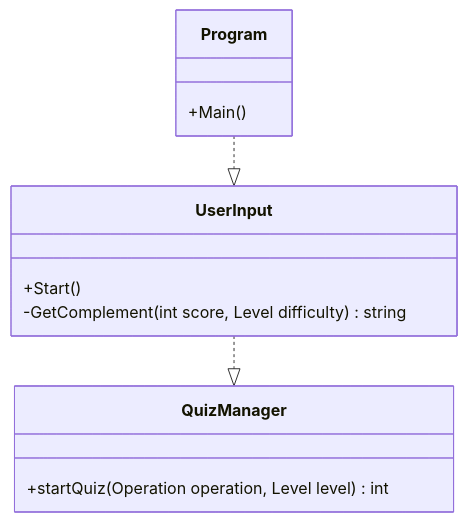
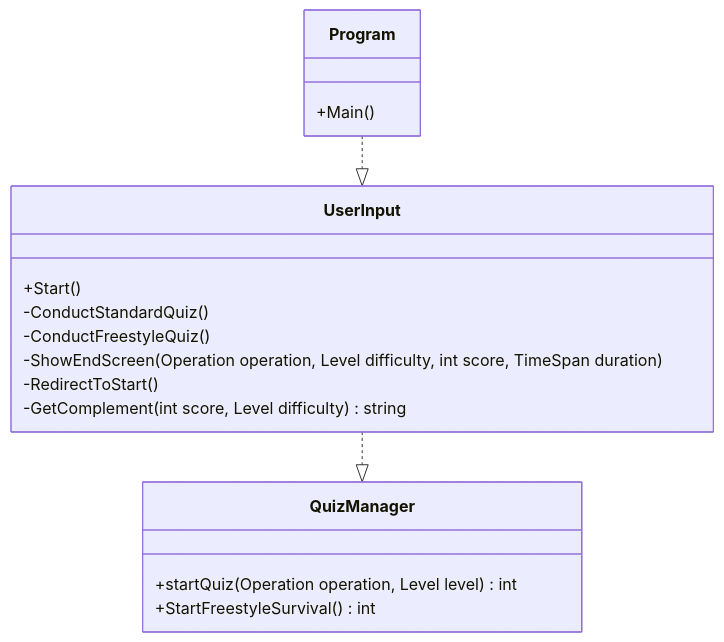
One commit to CodeDreamer06/MathGameChallenge changed the first of 4 diagrams in readme.md. Above: the diagram before and after it, drawn with Mermaid. The commit also changed other lines of this file, not shown here.

Commit message:
Updated UML

````diff
--- a/readme.md
+++ b/readme.md
@@ -20,18 +20,23 @@
 ```mermaid
 classDiagram
   class Program {
     +Main()
   }
 
   class UserInput {
     +Start()
+    -ConductStandardQuiz()
+    -ConductFreestyleQuiz()
+    -ShowEndScreen(Operation  operation, Level  difficulty, int  score, TimeSpan  duration)
+    -RedirectToStart()
     -GetComplement(int score, Level difficulty) string
   }
   
   class QuizManager {
 	  +startQuiz(Operation operation, Level level) int
+	  +StartFreestyleSurvival() int
   }
     
   Program ..|> UserInput
   UserInput ..|> QuizManager
 ```
````
